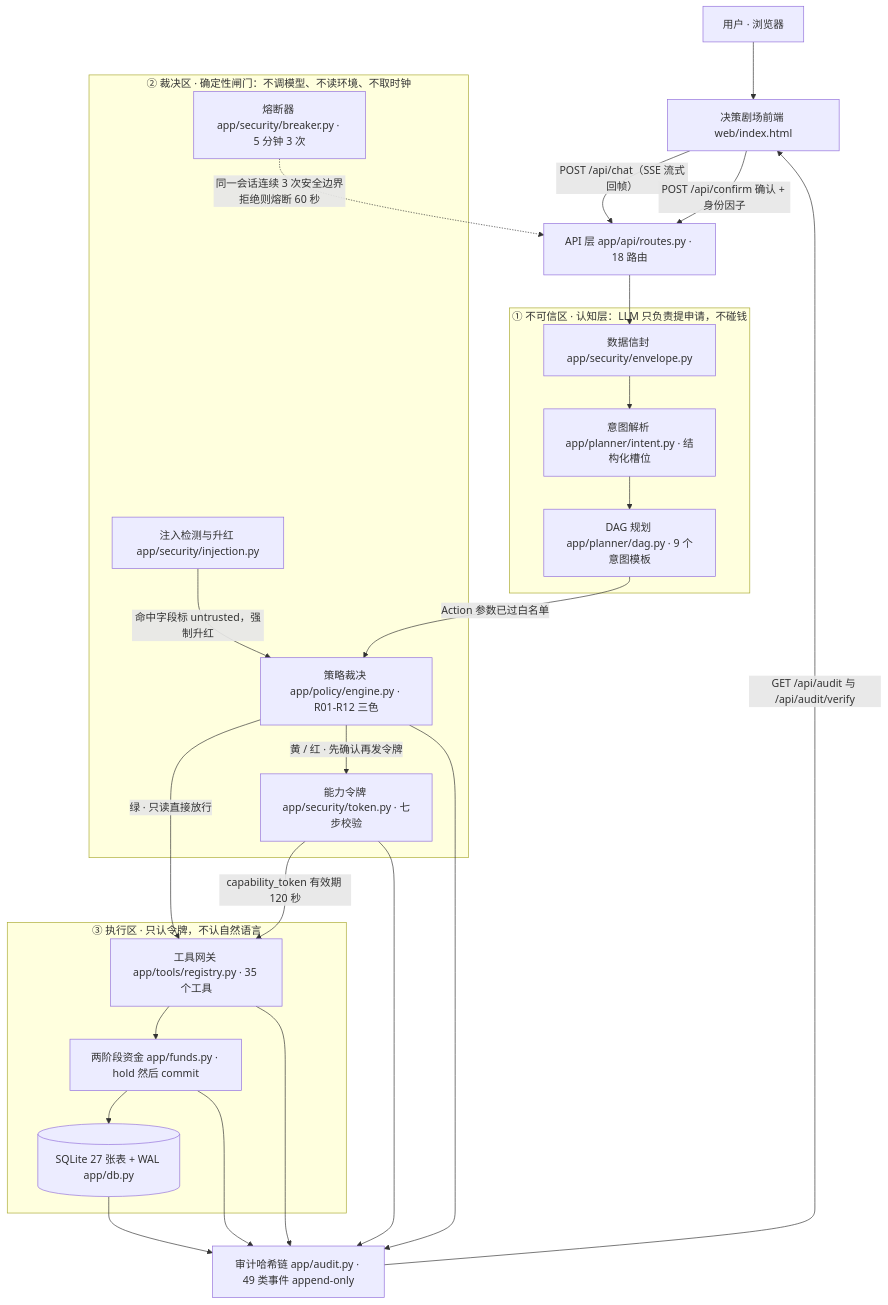
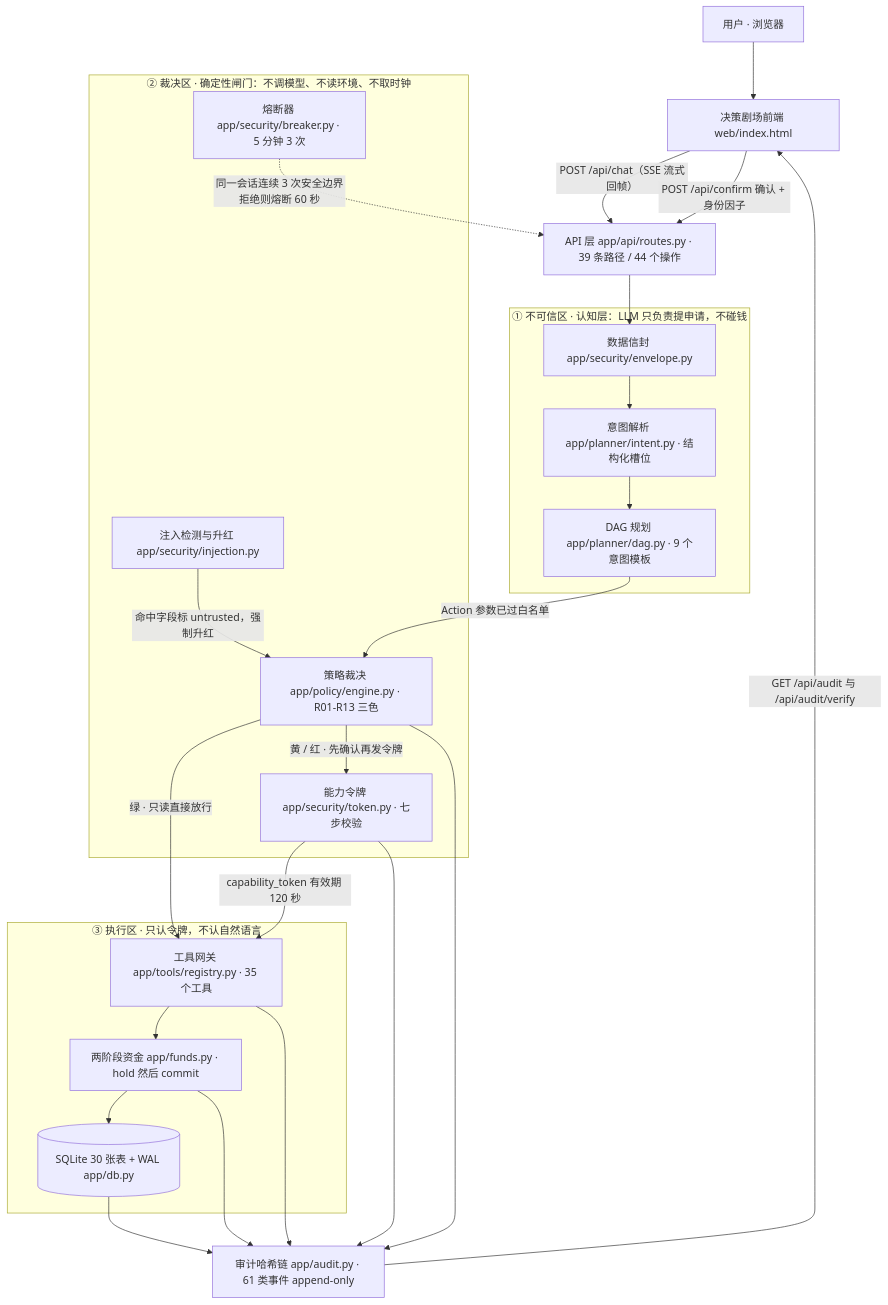
Before and after one commit to peng6yu/banking-agent: the first of 2 diagrams in docs/技术文档.md, drawn with Mermaid. The commit also changed other lines of this file and 80 other files, not shown here.

````diff
--- a/docs/技术文档.md
+++ b/docs/技术文档.md
@@ -56,42 +56,42 @@
 ```mermaid
 flowchart TD
     U["用户 · 浏览器"] --> FE["决策剧场前端 web/index.html"]
-    FE -->|"POST /api/chat（SSE 流式回帧）"| API["API 层 app/api/routes.py · 18 路由"]
+    FE -->|"POST /api/chat（SSE 流式回帧）"| API["API 层 app/api/routes.py · 39 条路径 / 44 个操作"]
     FE -->|"POST /api/confirm 确认 + 身份因子"| API
 
     subgraph L1["① 不可信区 · 认知层：LLM 只负责提申请，不碰钱"]
         ENV["数据信封 app/security/envelope.py"]
         INT["意图解析 app/planner/intent.py · 结构化槽位"]
         DAG["DAG 规划 app/planner/dag.py · 9 个意图模板"]
     end
 
     subgraph L2["② 裁决区 · 确定性闸门：不调模型、不读环境、不取时钟"]
         INJ["注入检测与升红 app/security/injection.py"]
-        PE["策略裁决 app/policy/engine.py · R01-R12 三色"]
+        PE["策略裁决 app/policy/engine.py · R01-R13 三色"]
         TK["能力令牌 app/security/token.py · 七步校验"]
         BRK["熔断器 app/security/breaker.py · 5 分钟 3 次"]
     end
 
     subgraph L3["③ 执行区 · 只认令牌，不认自然语言"]
         REG["工具网关 app/tools/registry.py · 35 个工具"]
         FND["两阶段资金 app/funds.py · hold 然后 commit"]
-        DB[("SQLite 27 张表 + WAL app/db.py")]
+        DB[("SQLite 30 张表 + WAL app/db.py")]
     end
 
-    AUD["审计哈希链 app/audit.py · 49 类事件 append-only"]
+    AUD["审计哈希链 app/audit.py · 61 类事件 append-only"]
 
     API --> ENV --> INT --> DAG
     DAG -->|"Action 参数已过白名单"| PE
     INJ -->|"命中字段标 untrusted，强制升红"| PE
     PE -->|"绿 · 只读直接放行"| REG
     PE -->|"黄 / 红 · 先确认再发令牌"| TK
     TK -->|"capability_token 有效期 120 秒"| REG
     BRK -.->|"同一会话连续 3 次安全边界拒绝则熔断 60 秒"| API
     REG --> FND --> DB
     REG --> AUD
     FND --> AUD
     PE --> AUD
     TK --> AUD
     DB --> AUD
     AUD -->|"GET /api/audit 与 /api/audit/verify"| FE
 ```
````
